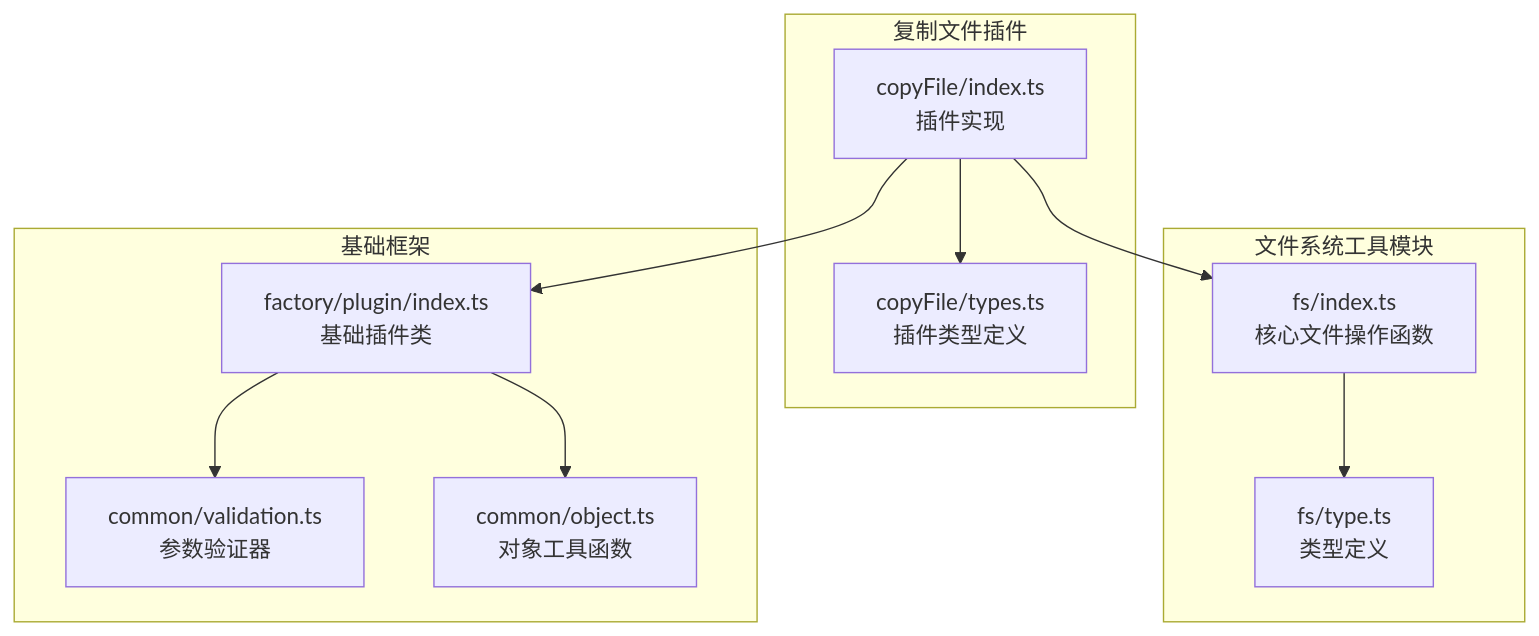
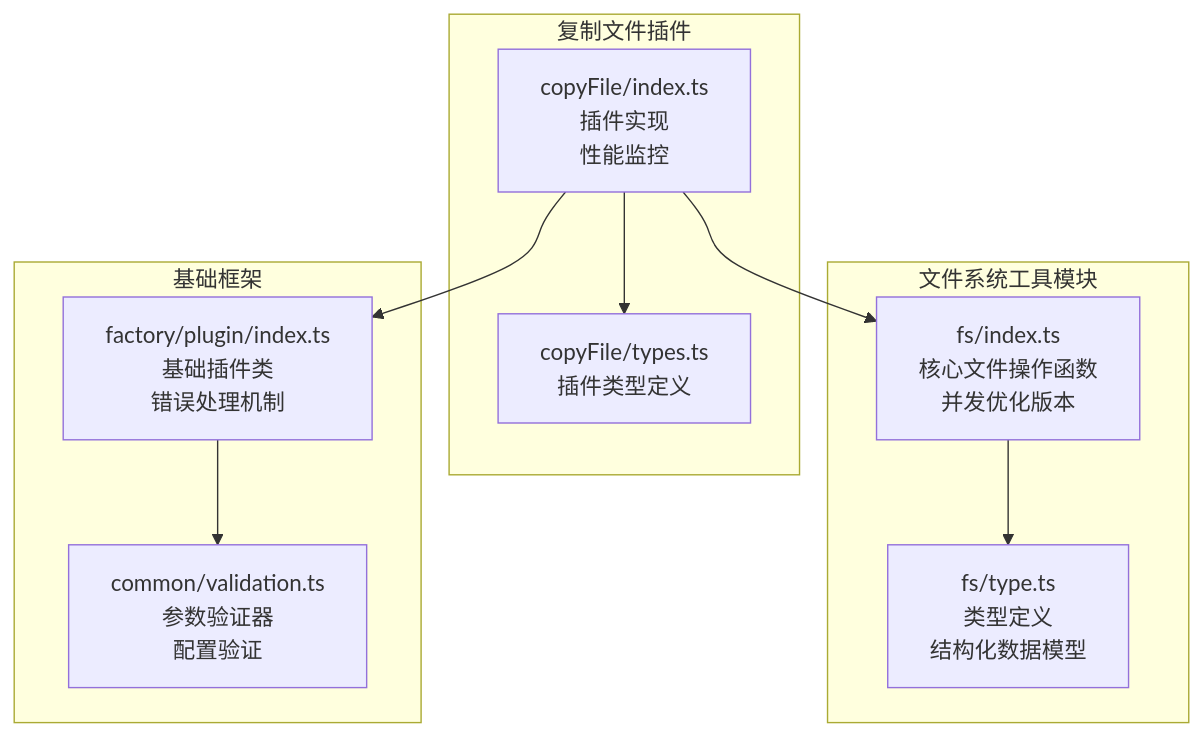
The first of 7 diagrams in .qoder/repowiki/zh/content/工具模块/文件系统工具.md (MengXi-Studio/vite-plugin), drawn with Mermaid before and after one commit. The commit also changed other lines of this file and 8 other files, not shown here.

````diff
--- a/.qoder/repowiki/zh/content/工具模块/文件系统工具.md
+++ b/.qoder/repowiki/zh/content/工具模块/文件系统工具.md
@@ -38,22 +47,20 @@
 ```mermaid
 graph TB
 subgraph "文件系统工具模块"
-FSIndex["fs/index.ts<br/>核心文件操作函数"]
-FSType["fs/type.ts<br/>类型定义"]
+FSIndex["fs/index.ts<br/>核心文件操作函数<br/>并发优化版本"]
+FSType["fs/type.ts<br/>类型定义<br/>结构化数据模型"]
 end
 subgraph "复制文件插件"
-CopyIndex["copyFile/index.ts<br/>插件实现"]
+CopyIndex["copyFile/index.ts<br/>插件实现<br/>性能监控"]
 CopyType["copyFile/types.ts<br/>插件类型定义"]
 end
 subgraph "基础框架"
-BasePlugin["factory/plugin/index.ts<br/>基础插件类"]
-Validation["common/validation.ts<br/>参数验证器"]
-ObjectUtil["common/object.ts<br/>对象工具函数"]
+BasePlugin["factory/plugin/index.ts<br/>基础插件类<br/>错误处理机制"]
+Validation["common/validation.ts<br/>参数验证器<br/>配置验证"]
 end
 FSIndex --> FSType
 CopyIndex --> FSIndex
 CopyIndex --> CopyType
 CopyIndex --> BasePlugin
 BasePlugin --> Validation
-BasePlugin --> ObjectUtil
 ```
````
